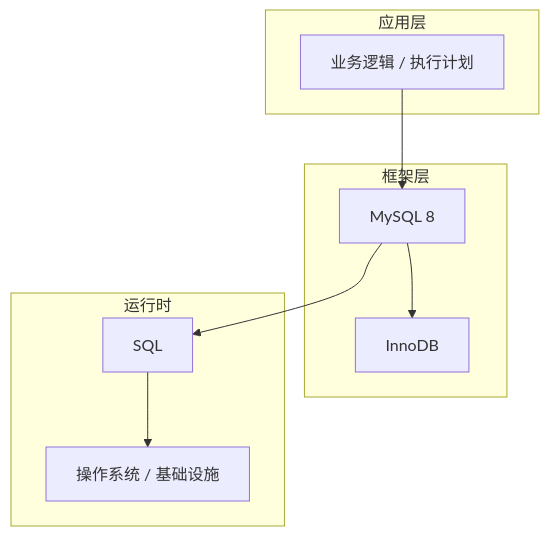
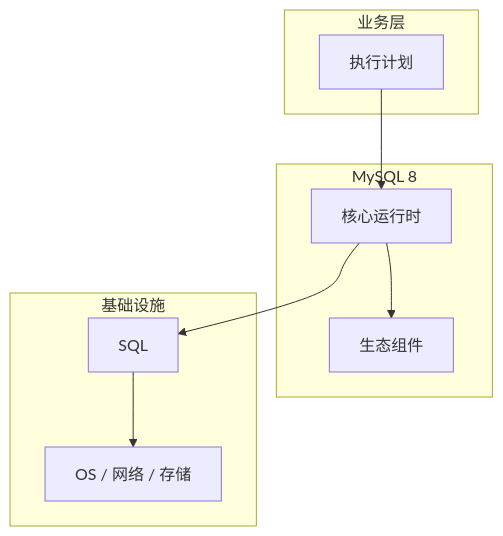
Before and after one commit to yanggan2015/knowledge-json-v2: the diagram in articles/MySQL/chapters/078-执行计划核心概念与原理.md, drawn with Mermaid. The commit also changed other lines of this file and 10127 other files, not shown here.

````diff
--- a/articles/MySQL/chapters/078-执行计划核心概念与原理.md
+++ b/articles/MySQL/chapters/078-执行计划核心概念与原理.md
@@ -45,18 +34,18 @@
 ```mermaid
 graph TB
-    subgraph 应用层
-        A[业务逻辑 / 执行计划]
+    subgraph 业务层
+        A[执行计划]
     end
-    subgraph 框架层
-        B[MySQL 8]
-        C[InnoDB]
+    subgraph MySQL 8
+        B[核心运行时]
+        C[生态组件]
     end
-    subgraph 运行时
+    subgraph 基础设施
         D[SQL]
-        E[操作系统 / 基础设施]
+        E[OS / 网络 / 存储]
     end
     A --> B
     B --> C
     B --> D
     D --> E
 ```
````
